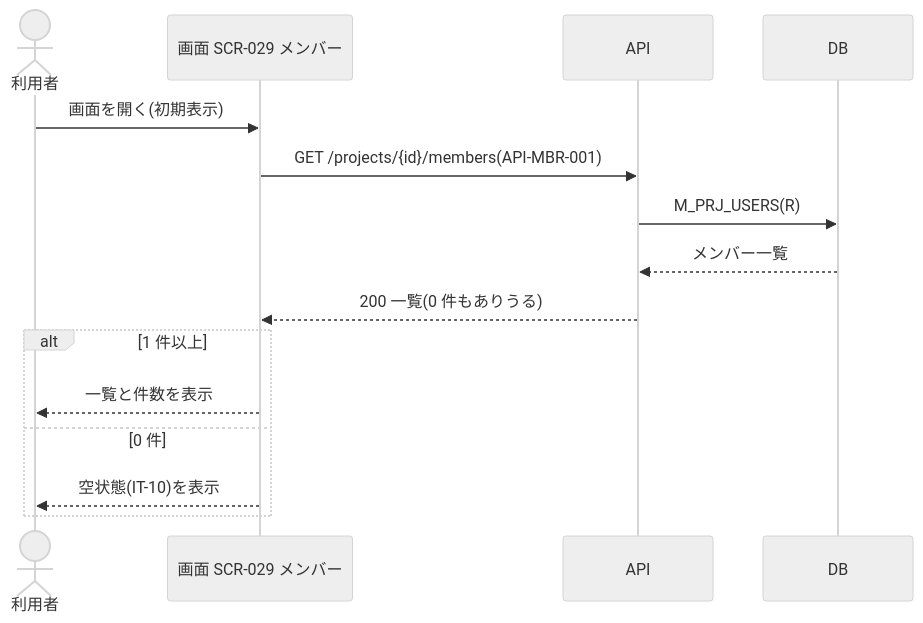
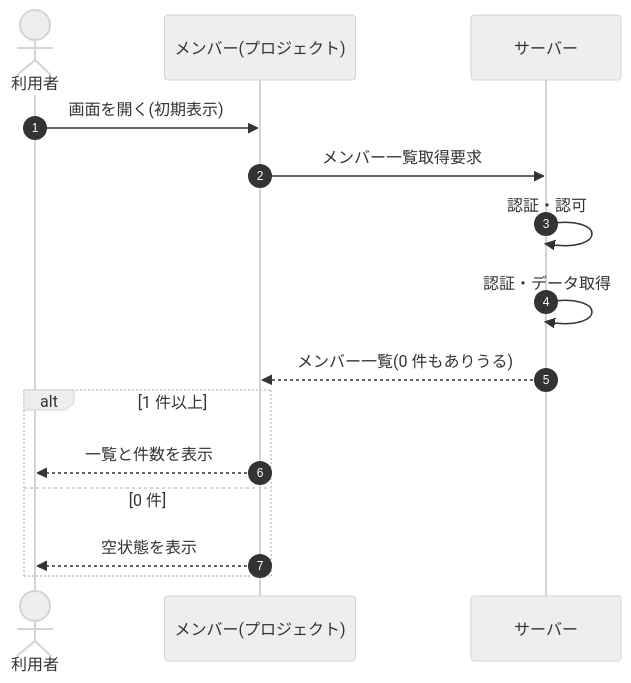
One commit to sikakou54/open-faq changed the diagram in 02_basic_design/05_sequences/SEQ-043.md. Above: the diagram before and after it, drawn with Mermaid (neutral theme). The commit also changed other lines of this file and 108 other files, not shown here.

First line of the commit message:
基本設計: シーケンス図を基本設計粒度(ユーザー/画面/サーバー)へ再編成

````diff
--- a/02_basic_design/05_sequences/SEQ-043.md
+++ b/02_basic_design/05_sequences/SEQ-043.md
@@ -25,17 +32,17 @@
 ```mermaid
 sequenceDiagram
+  autonumber
   actor U as 利用者
-  participant S as 画面 SCR-029 メンバー
-  participant API as API
-  participant DB as DB
-  U->>S: 画面を開く(初期表示)
-  S->>API: GET /projects/{id}/members(API-MBR-001)
-  API->>DB: M_PRJ_USERS(R)
-  DB-->>API: メンバー一覧
-  API-->>S: 200 一覧(0 件もありうる)
+  participant Screen as メンバー(プロジェクト)
+  participant Server as サーバー
+  U->>Screen: 画面を開く(初期表示)
+  Screen->>Server: メンバー一覧取得要求
+  Server->>Server: 認証・認可
+  Server->>Server: 認証・データ取得
+  Server-->>Screen: メンバー一覧(0 件もありうる)
   alt 1 件以上
-    S-->>U: 一覧と件数を表示
+    Screen-->>U: 一覧と件数を表示
   else 0 件
-    S-->>U: 空状態(IT-10)を表示
+    Screen-->>U: 空状態を表示
   end
 ```
````
